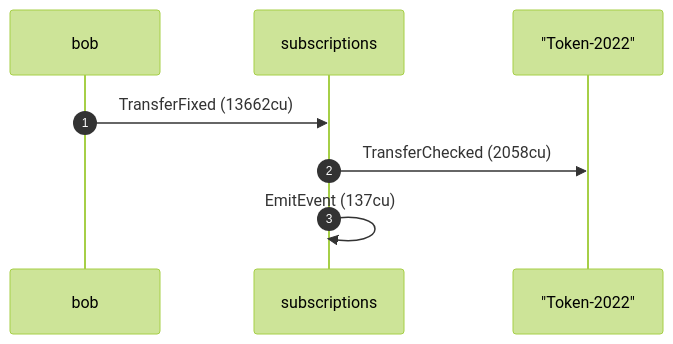
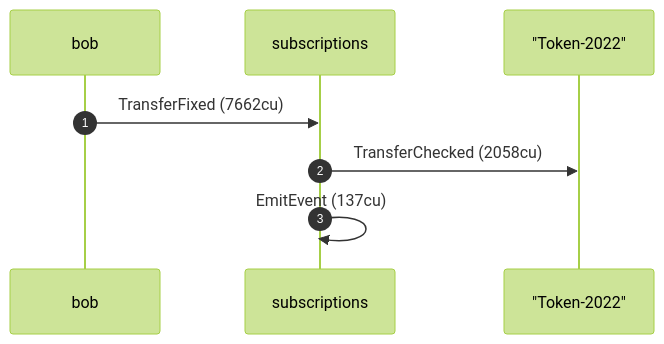
One commit to cds-rs/subscriptions changed the ninth of 12 diagrams in dsl_tests/fixed-transfer-over-a-token-2022-confidential-transfer-mint.md. Above: the diagram before and after it, drawn with Mermaid (forest theme). The commit also changed other lines of this file and 224 other files, not shown here.

````diff
--- a/dsl_tests/fixed-transfer-over-a-token-2022-confidential-transfer-mint.md
+++ b/dsl_tests/fixed-transfer-over-a-token-2022-confidential-transfer-mint.md
@@ -180,10 +189,10 @@
 ```mermaid
 sequenceDiagram
     autonumber
     participant bob
     participant subscriptions
     participant Token_2022 as "Token-2022"
-    bob ->> subscriptions: TransferFixed (13662cu)
+    bob ->> subscriptions: TransferFixed (7662cu)
     subscriptions ->> Token_2022: TransferChecked (2058cu)
     subscriptions ->> subscriptions: EmitEvent (137cu)
 ```
````
